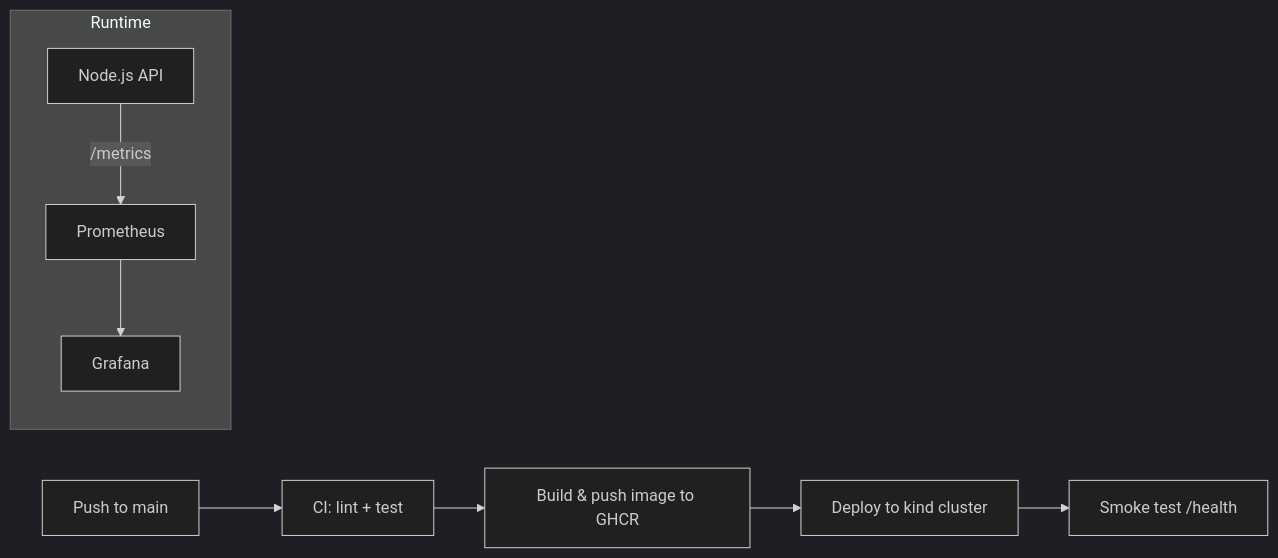
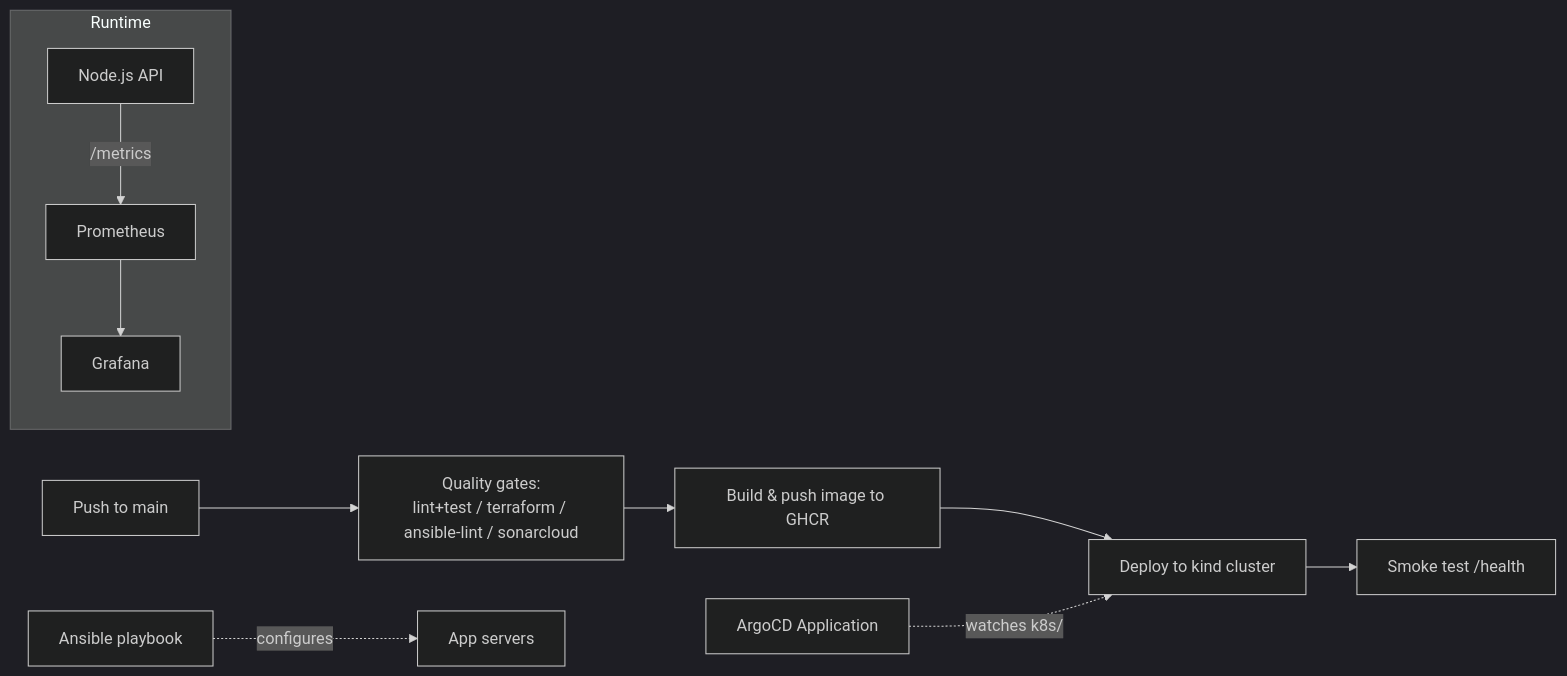
Before and after one commit to Puja-Dube02/devops-e2e-pipeline: the diagram in README.md, drawn with Mermaid (dark theme). The commit also changed other lines of this file and 26 other files, not shown here.

First line of the commit message:
feat: add Terraform IaC, ArgoCD GitOps, Ansible, and SonarCloud gate

````diff
--- a/README.md
+++ b/README.md
@@ -7,12 +7,15 @@
 ```mermaid
 flowchart LR
-    Dev[Push to main] --> CI[CI: lint + test]
-    CI --> Build[Build & push image to GHCR]
+    Dev[Push to main] --> Gate["Quality gates:\nlint+test / terraform / ansible-lint / sonarcloud"]
+    Gate --> Build[Build & push image to GHCR]
     Build --> Deploy[Deploy to kind cluster]
     Deploy --> Smoke[Smoke test /health]
+
+    GitOps[ArgoCD Application] -. watches k8s/ .-> Deploy
+    Ansible[Ansible playbook] -. configures .-> VMs[App servers]
 
     subgraph Runtime
         App[Node.js API] -- /metrics --> Prometheus
         Prometheus --> Grafana
     end
 ```
````
